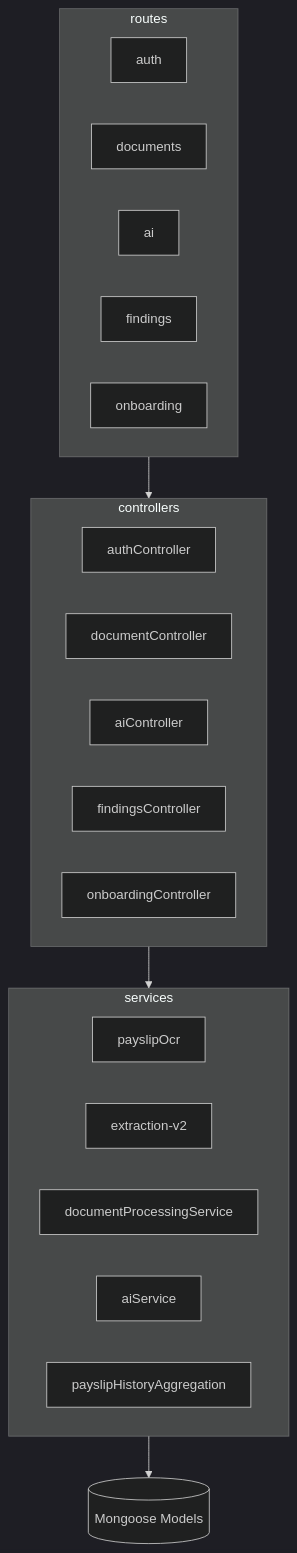
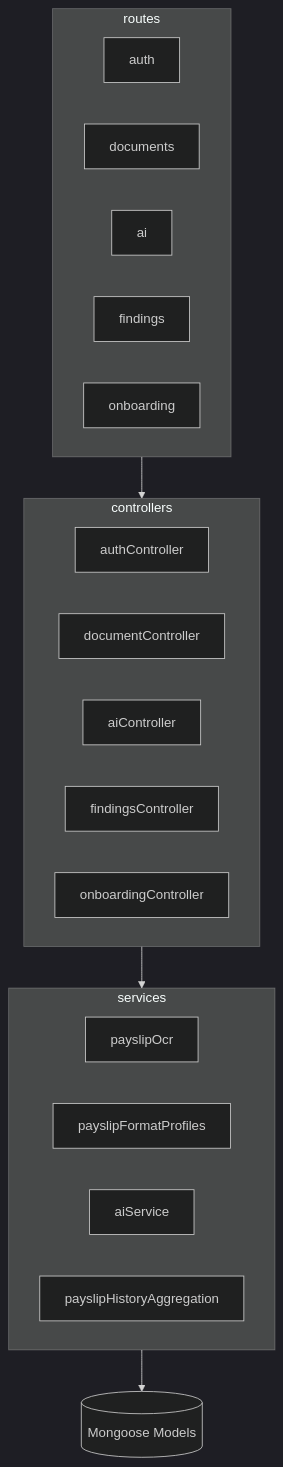
One commit to ofek1210/FinGuide changed the eighth of 8 diagrams in docs/ARCHITECTURE_DEEP_DIVE.md. Above: the diagram before and after it, drawn with Mermaid (dark theme). The commit also changed other lines of this file and 158 other files, not shown here.

````diff
--- a/docs/ARCHITECTURE_DEEP_DIVE.md
+++ b/docs/ARCHITECTURE_DEEP_DIVE.md
@@ -557,26 +540,25 @@
 ```mermaid
 flowchart TB
   subgraph routes [routes]
     AuthR[auth]
     DocR[documents]
     AIR[ai]
     FindR[findings]
     OnbR[onboarding]
   end
   subgraph controllers [controllers]
     AuthC[authController]
     DocC[documentController]
     AIC[aiController]
     FindC[findingsController]
     OnbC[onboardingController]
   end
   subgraph services [services]
     OCR[payslipOcr]
-    V2[extraction-v2]
-    Proc[documentProcessingService]
+    Profiles[payslipFormatProfiles]
     AI[aiService]
     Hist[payslipHistoryAggregation]
   end
   routes --> controllers --> services
   services --> Models[(Mongoose Models)]
 ```
````
